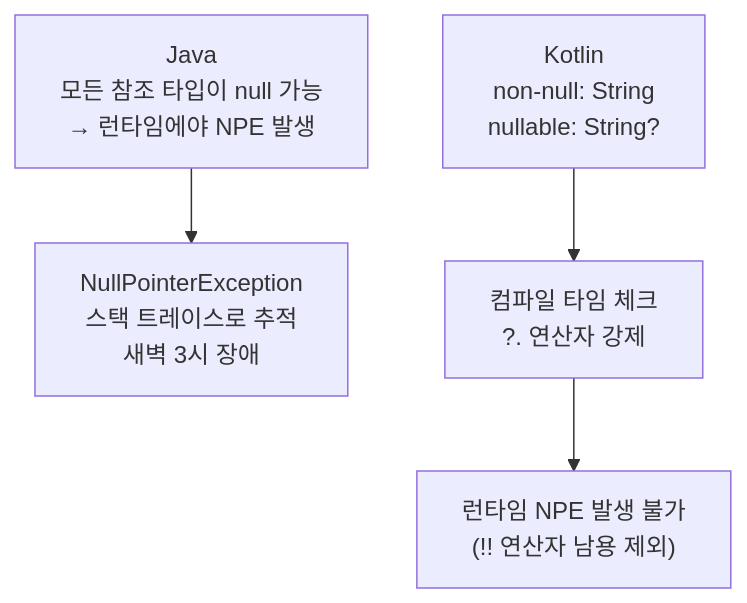
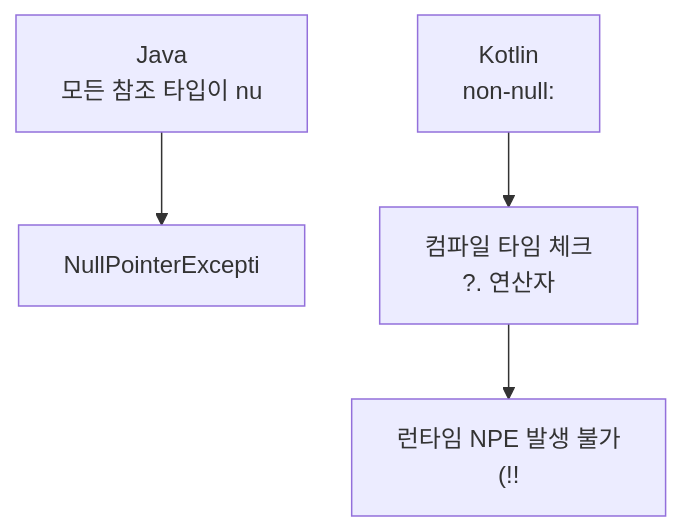
The first of 3 diagrams in _posts/kotlin/2026-05-02-java-to-kotlin.md (yjkim2015/yjkim2015.github.io), drawn with Mermaid before and after one commit. The commit also changed other lines of this file and 271 other files, not shown here.

First line of the commit message:
Mermaid 라벨 축소: 긴 노드 텍스트 18자 이하로 트림 + \n 제거

````diff
--- a/_posts/kotlin/2026-05-02-java-to-kotlin.md
+++ b/_posts/kotlin/2026-05-02-java-to-kotlin.md
@@ -99,6 +99,6 @@
 ```mermaid
 graph TD
-    Java["Java\n모든 참조 타입이 null 가능\n→ 런타임에야 NPE 발생"] --> Problem["NullPointerException\n스택 트레이스로 추적\n새벽 3시 장애"]
-    Kotlin["Kotlin\nnon-null: String\nnullable: String?"] --> Compile["컴파일 타임 체크\n?. 연산자 강제"]
-    Compile --> Safe["런타임 NPE 발생 불가\n(!! 연산자 남용 제외)"]
+    Java["Java\n모든 참조 타입이 nu"] --> Problem["NullPointerExcepti"]
+    Kotlin["Kotlin\nnon-null:"] --> Compile["컴파일 타임 체크\n?. 연산자"]
+    Compile --> Safe["런타임 NPE 발생 불가\n(!!"]
 ```
````
